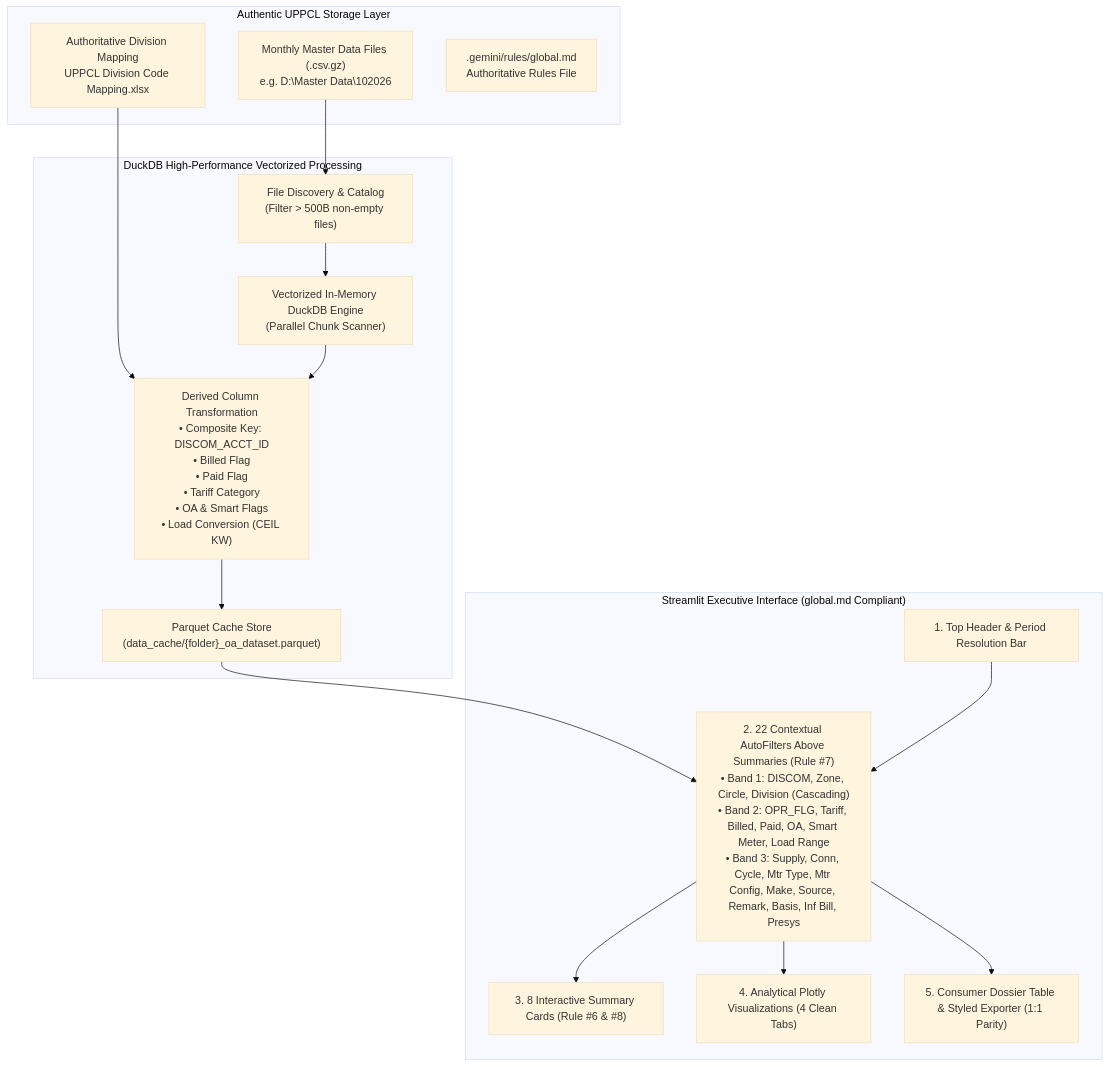
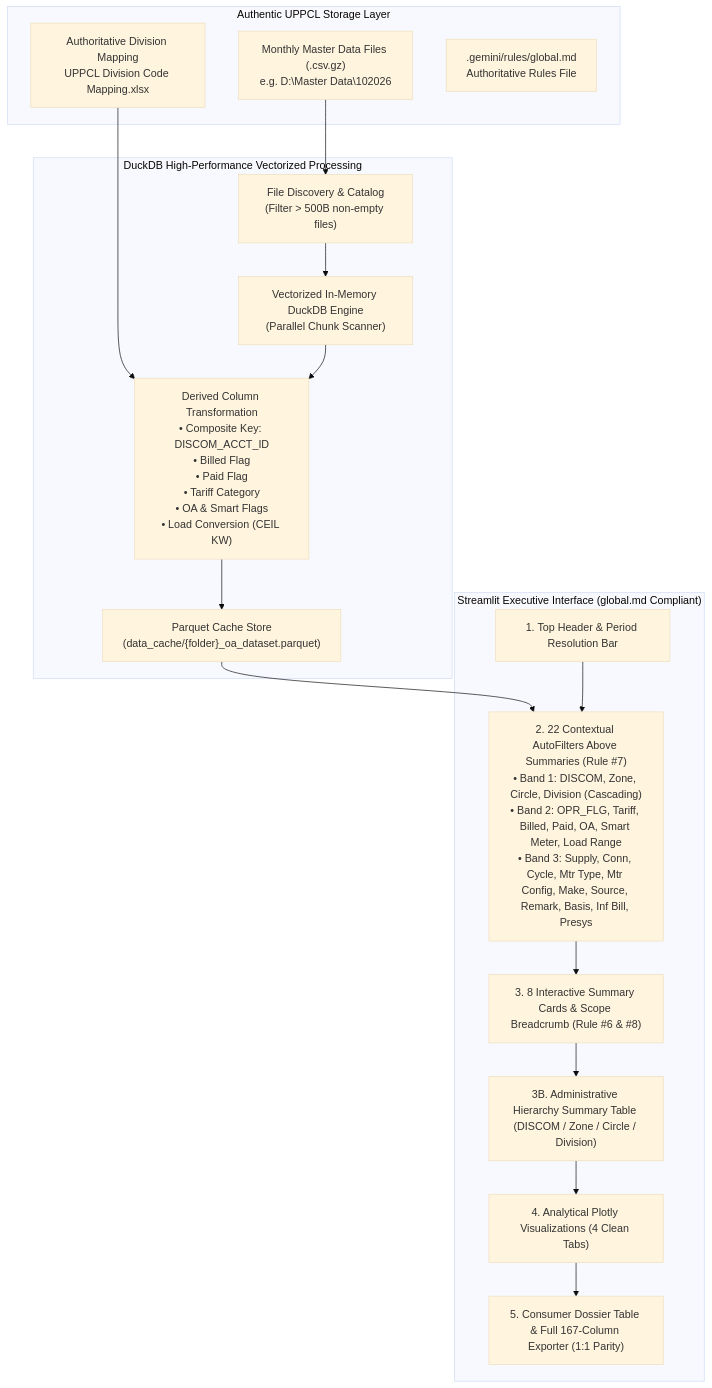
The diagram in docs/TECHNICAL_DESIGN_AND_MANUAL.md (santosh-mvvnl/Open-Access), drawn with Mermaid (base theme) before and after one commit. The commit also changed 3 other files, not shown here.

Commit message:
feat: Add dynamic Administrative Hierarchy Summary table and enable full 167-column report export

````diff
--- a/docs/TECHNICAL_DESIGN_AND_MANUAL.md
+++ b/docs/TECHNICAL_DESIGN_AND_MANUAL.md
@@ -8,34 +8,36 @@
 ```mermaid
 graph TD
     subgraph Storage["Authentic UPPCL Storage Layer"]
         MD["Monthly Master Data Files (.csv.gz)<br>e.g. D:\Master Data\102026"]
         MAP["Authoritative Division Mapping<br>UPPCL Division Code Mapping.xlsx"]
         RULES[".gemini/rules/global.md<br>Authoritative Rules File"]
     end
 
     subgraph Engine["DuckDB High-Performance Vectorized Processing"]
         SCAN["File Discovery & Catalog<br>(Filter > 500B non-empty files)"]
         DUCK["Vectorized In-Memory DuckDB Engine<br>(Parallel Chunk Scanner)"]
         ENRICH["Derived Column Transformation<br>• Composite Key: DISCOM_ACCT_ID<br>• Billed Flag<br>• Paid Flag<br>• Tariff Category<br>• OA & Smart Flags<br>• Load Conversion (CEIL KW)"]
         CACHE["Parquet Cache Store<br>(data_cache/{folder}_oa_dataset.parquet)"]
     end
 
     subgraph UI["Streamlit Executive Interface (global.md Compliant)"]
         TOP["1. Top Header & Period Resolution Bar"]
         FILT["2. 22 Contextual AutoFilters Above Summaries (Rule #7)<br>• Band 1: DISCOM, Zone, Circle, Division (Cascading)<br>• Band 2: OPR_FLG, Tariff, Billed, Paid, OA, Smart Meter, Load Range<br>• Band 3: Supply, Conn, Cycle, Mtr Type, Mtr Config, Make, Source, Remark, Basis, Inf Bill, Presys"]
-        KPI["3. 8 Interactive Summary Cards (Rule #6 & #8)"]
+        KPI["3. 8 Interactive Summary Cards & Scope Breadcrumb (Rule #6 & #8)"]
+        ADMIN["3B. Administrative Hierarchy Summary Table (DISCOM / Zone / Circle / Division)"]
         CHART["4. Analytical Plotly Visualizations (4 Clean Tabs)"]
-        TABLE["5. Consumer Dossier Table & Styled Exporter (1:1 Parity)"]
+        TABLE["5. Consumer Dossier Table & Full 167-Column Exporter (1:1 Parity)"]
     end
 
     MD --> SCAN
     SCAN --> DUCK
     MAP --> ENRICH
     DUCK --> ENRICH
     ENRICH --> CACHE
     CACHE --> FILT
     FILT --> KPI
-    FILT --> CHART
-    FILT --> TABLE
+    KPI --> ADMIN
+    ADMIN --> CHART
+    CHART --> TABLE
     TOP --> FILT
 ```
````
